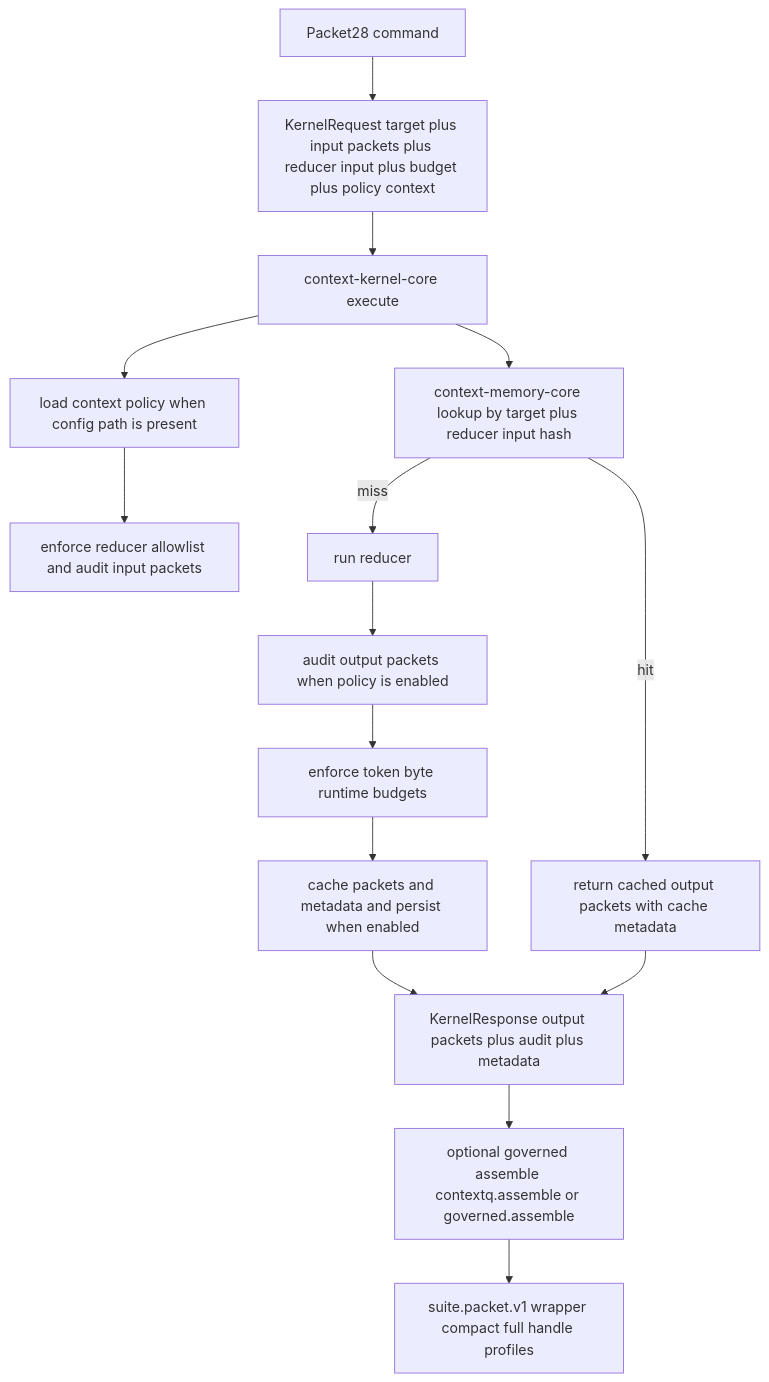
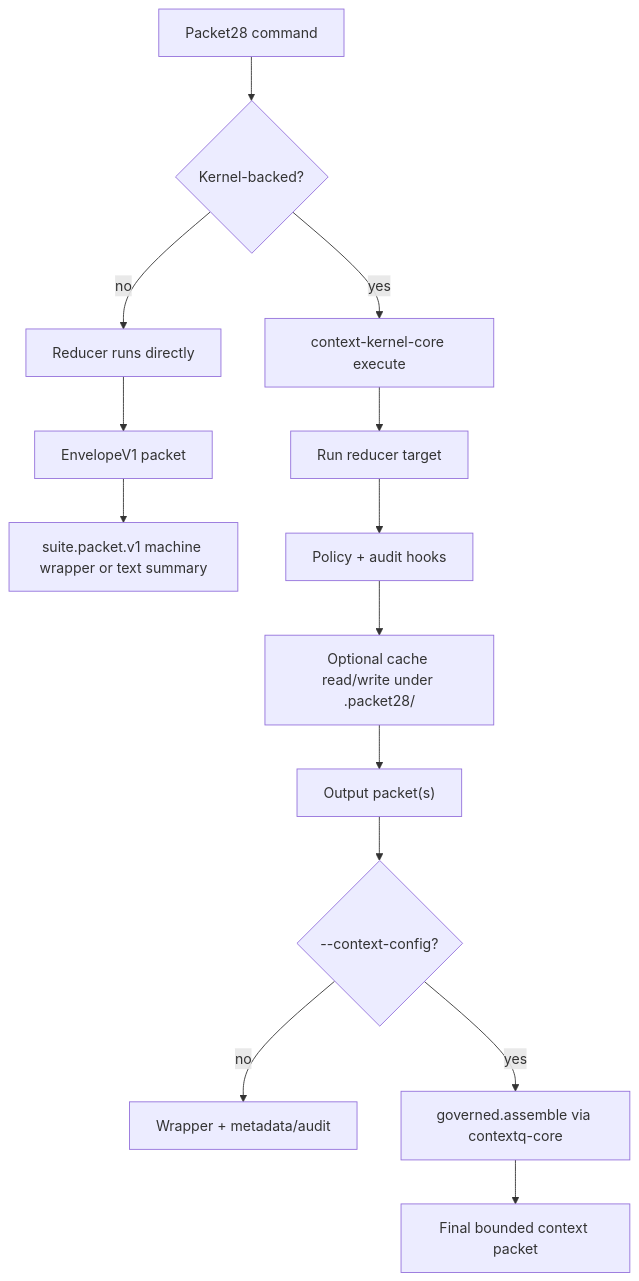
One commit to usharma123/Packet28 changed the second of 4 diagrams in README.md. Above: the diagram before and after it, drawn with Mermaid. The commit also changed other lines of this file, not shown here.

````diff
--- a/README.md
+++ b/README.md
@@ -97,22 +145,18 @@
 ```mermaid
 flowchart TD
-  Cmd["Packet28 command"] --> Req["KernelRequest target plus input packets plus reducer input plus budget plus policy context"]
-  Req --> Kernel["context-kernel-core execute"]
+  Cmd["Packet28 command"] --> Mode{"Kernel-backed?"}
 
-  Kernel --> PolicyLoad["load context policy when config path is present"]
-  PolicyLoad --> PolicyCheck["enforce reducer allowlist and audit input packets"]
+  Mode -->|"no"| Direct["Reducer runs directly"]
+  Direct --> PacketA["EnvelopeV1 packet"]
+  PacketA --> WrapperA["suite.packet.v1 machine wrapper or text summary"]
 
-  Kernel --> CacheLookup["context-memory-core lookup by target plus reducer input hash"]
-
-  CacheLookup -->|"hit"| Cached["return cached output packets with cache metadata"]
-  CacheLookup -->|"miss"| Reducer["run reducer"]
-
-  Reducer --> OutputAudit["audit output packets when policy is enabled"]
-  OutputAudit --> BudgetGate["enforce token byte runtime budgets"]
-  BudgetGate --> CacheWrite["cache packets and metadata and persist when enabled"]
-  CacheWrite --> Response["KernelResponse output packets plus audit plus metadata"]
-  Cached --> Response
-
-  Response --> OptionalAssemble["optional governed assemble contextq.assemble or governed.assemble"]
-  OptionalAssemble --> Machine["suite.packet.v1 wrapper compact full handle profiles"]
+  Mode -->|"yes"| Kernel["context-kernel-core execute"]
+  Kernel --> Reducer["Run reducer target"]
+  Reducer --> Audit["Policy + audit hooks"]
+  Audit --> Cache["Optional cache read/write under .packet28/"]
+  Cache --> PacketB["Output packet(s)"]
+  PacketB --> Governed{"--context-config?"}
+  Governed -->|"no"| WrapperB["Wrapper + metadata/audit"]
+  Governed -->|"yes"| Assemble["governed.assemble via contextq-core"]
+  Assemble --> WrapperC["Final bounded context packet"]
 ```
````
